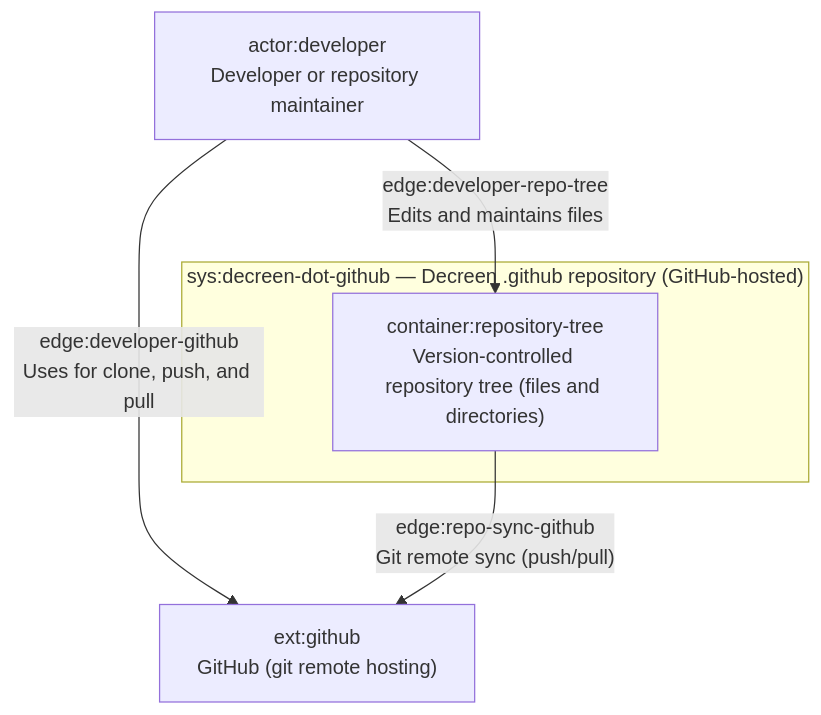
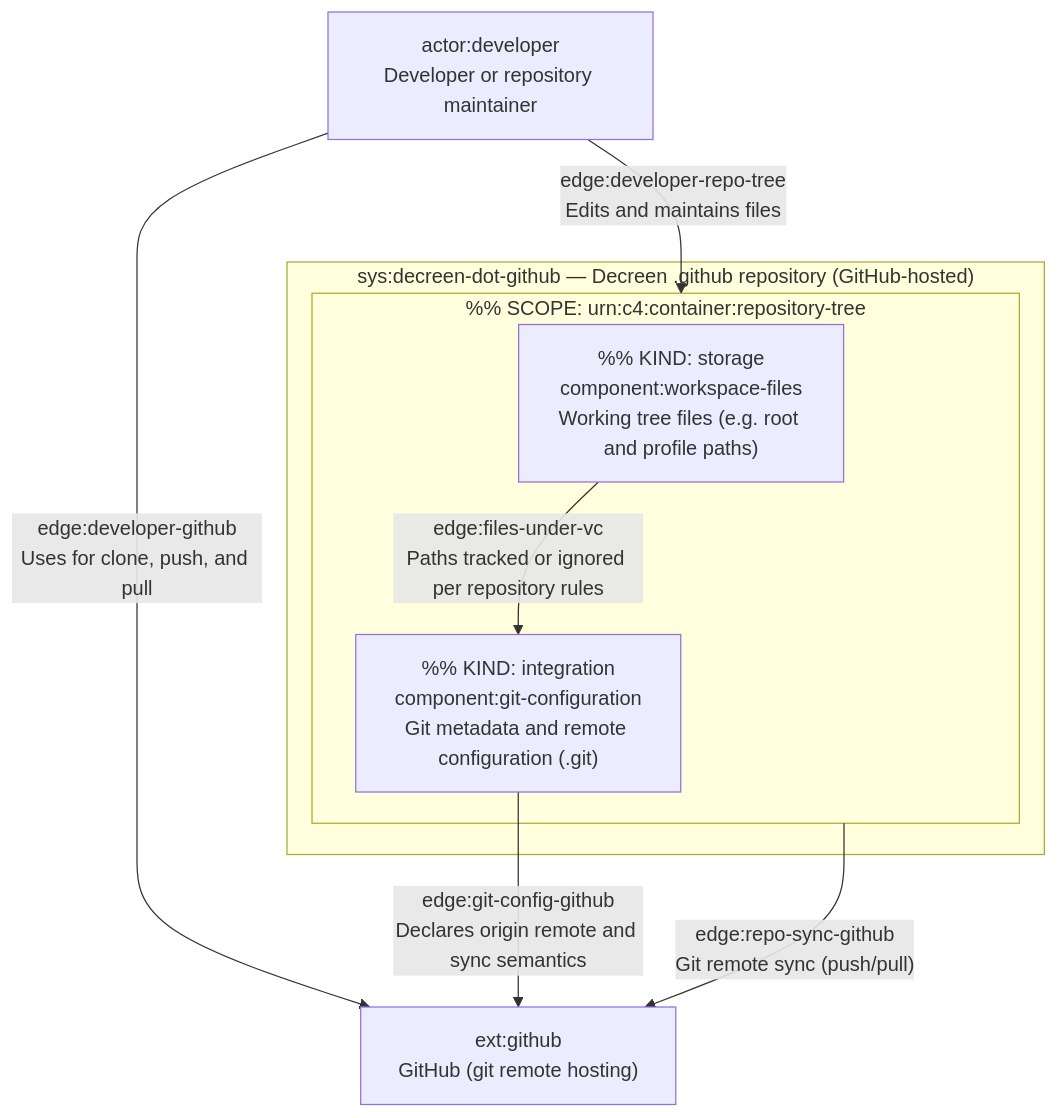
Before and after one commit to Decreen/.github: the diagram in docs/c4-live.mermaid.md, drawn with Mermaid. The commit also changed other lines of this file and 3 other files, not shown here.

Commit message:
feat(c4): Pass 3 L3 components for repository tree container

````diff
--- a/docs/c4-live.mermaid.md
+++ b/docs/c4-live.mermaid.md
@@ -5,11 +5,16 @@
 ```mermaid
 flowchart TB
   subgraph sys_decreen["sys:decreen-dot-github — Decreen .github repository (GitHub-hosted)"]
-    container_repo["container:repository-tree<br/>Version-controlled repository tree (files and directories)"]
+    subgraph container_repo["%% SCOPE: urn:c4:container:repository-tree"]
+      comp_files["%% KIND: storage<br/>component:workspace-files<br/>Working tree files (e.g. root and profile paths)"]
+      comp_git["%% KIND: integration<br/>component:git-configuration<br/>Git metadata and remote configuration (.git)"]
+      comp_files -->|"edge:files-under-vc<br/>Paths tracked or ignored per repository rules"| comp_git
+    end
   end
   actor_developer["actor:developer<br/>Developer or repository maintainer"]
   ext_github["ext:github<br/>GitHub (git remote hosting)"]
   actor_developer -->|"edge:developer-github<br/>Uses for clone, push, and pull"| ext_github
   actor_developer -->|"edge:developer-repo-tree<br/>Edits and maintains files"| container_repo
+  comp_git -->|"edge:git-config-github<br/>Declares origin remote and sync semantics"| ext_github
   container_repo -->|"edge:repo-sync-github<br/>Git remote sync (push/pull)"| ext_github
 ```
````
